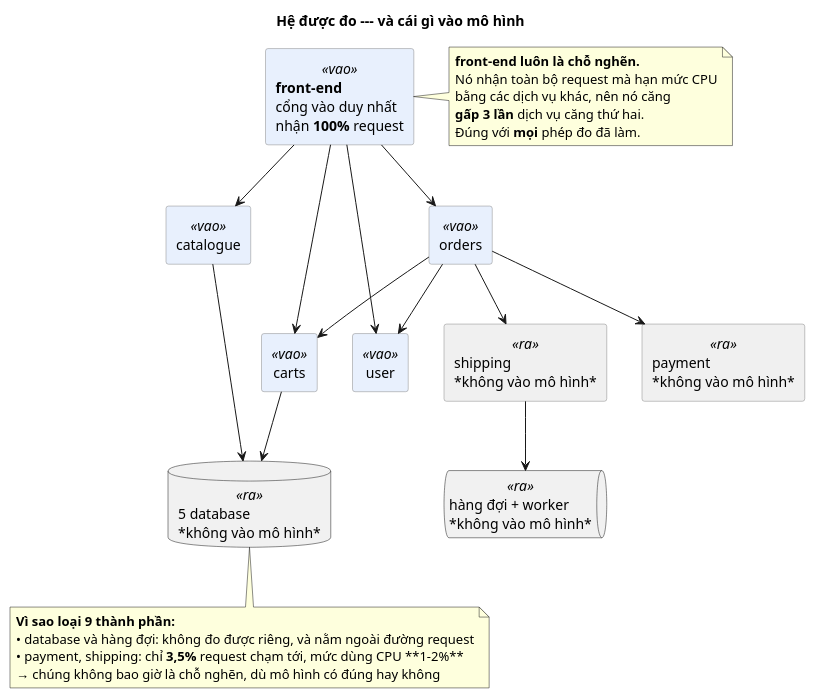
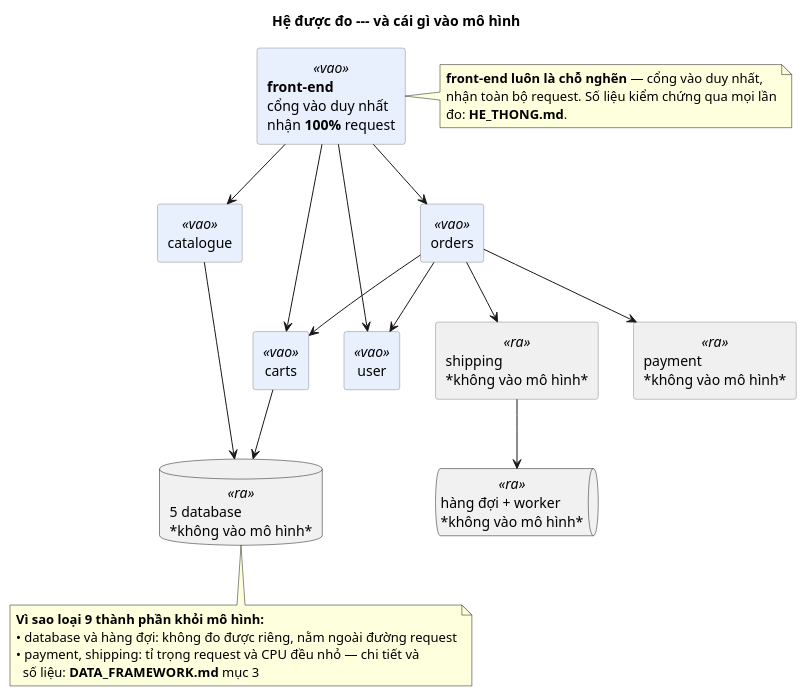
The diagram in papers/p1_du_phong/docs/figures/puml/30_he_duoc_do.puml (kkyaha/NCKH), drawn with PlantUML before and after one commit. The commit also changed 25 other files, not shown here.

Commit message:
feat: add chain validation for SCM and update evaluation docs and diagrams

```diff
--- a/papers/p1_du_phong/docs/figures/puml/30_he_duoc_do.puml
+++ b/papers/p1_du_phong/docs/figures/puml/30_he_duoc_do.puml
@@ -1,50 +1,48 @@
 @startuml
 ' MOTA: Khối 4 — hệ thống được đo, và vì sao chỉ 5 trong 14 thành phần vào mô hình
 skinparam defaultFontName Helvetica
 skinparam shadowing false
 skinparam componentStyle rectangle
 title Hệ được đo --- và **cái gì vào mô hình**
 
 skinparam rectangle {
   BackgroundColor<<vao>> #E8F0FD
   BackgroundColor<<ra>> #F0F0F0
   BorderColor #888888
 }
 
 rectangle "**front-end**\ncổng vào duy nhất\nnhận **100%** request" <<vao>> as fe
 rectangle "catalogue" <<vao>> as cat
 rectangle "carts" <<vao>> as carts
 rectangle "user" <<vao>> as user
 rectangle "orders" <<vao>> as ord
 rectangle "payment\n*không vào mô hình*" <<ra>> as pay
 rectangle "shipping\n*không vào mô hình*" <<ra>> as ship
 database "5 database\n*không vào mô hình*" <<ra>> as db
 queue "hàng đợi + worker\n*không vào mô hình*" <<ra>> as mq
 
 fe --> cat
 fe --> carts
 fe --> user
 fe --> ord
 ord --> carts
 ord --> user
 ord --> pay
 ord --> ship
 cat --> db
 carts --> db
 ship --> mq
 
 note right of fe
-  **front-end luôn là chỗ nghẽn.**
-  Nó nhận toàn bộ request mà hạn mức CPU
-  bằng các dịch vụ khác, nên nó căng
-  **gấp 3 lần** dịch vụ căng thứ hai.
-  Đúng với **mọi** phép đo đã làm.
+  **front-end luôn là chỗ nghẽn** — cổng vào duy nhất,
+  nhận toàn bộ request. Số liệu kiểm chứng qua mọi lần
+  đo: **HE_THONG.md**.
 end note
 
 note bottom of db
-  **Vì sao loại 9 thành phần:**
-  • database và hàng đợi: không đo được riêng, và nằm ngoài đường request
-  • payment, shipping: chỉ **3,5%** request chạm tới, mức dùng CPU ~**1-2%**
-  → chúng không bao giờ là chỗ nghẽn, dù mô hình có đúng hay không
+  **Vì sao loại 9 thành phần khỏi mô hình:**
+  • database và hàng đợi: không đo được riêng, nằm ngoài đường request
+  • payment, shipping: tỉ trọng request và CPU đều nhỏ — chi tiết và
+    số liệu: **DATA_FRAMEWORK.md** mục 3
 end note
 @enduml
```
